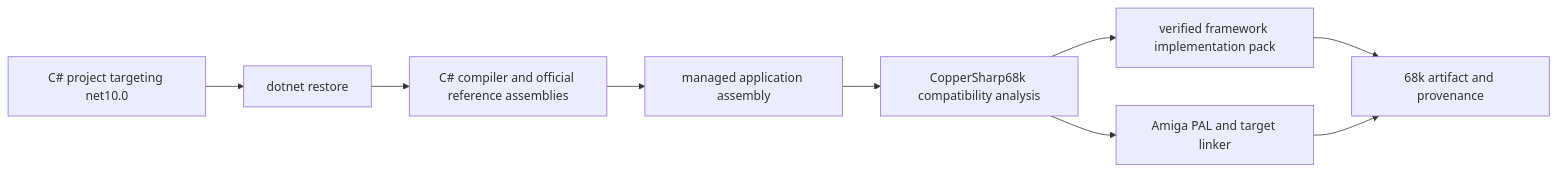
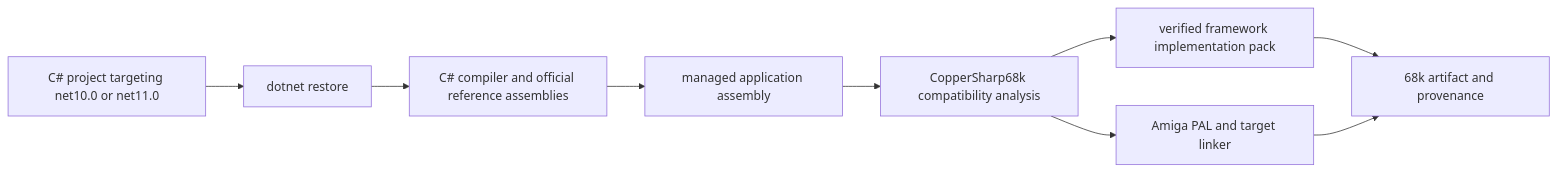
The diagram in Compiler/Framework/SdkPublishing.md (ilehtoranta/CopperSharp68k), drawn with Mermaid before and after one commit. The commit also changed other lines of this file and 31 other files, not shown here.

````diff
--- a/Compiler/Framework/SdkPublishing.md
+++ b/Compiler/Framework/SdkPublishing.md
@@ -7,11 +7,11 @@
 ```mermaid
 flowchart LR
-    A["C# project targeting net10.0"] --> B["dotnet restore"]
+    A["C# project targeting net10.0 or net11.0"] --> B["dotnet restore"]
     B --> C["C# compiler and official reference assemblies"]
     C --> D["managed application assembly"]
     D --> E["CopperSharp68k compatibility analysis"]
     E --> F["verified framework implementation pack"]
     E --> G["Amiga PAL and target linker"]
     F --> H["68k artifact and provenance"]
     G --> H
 ```
````
